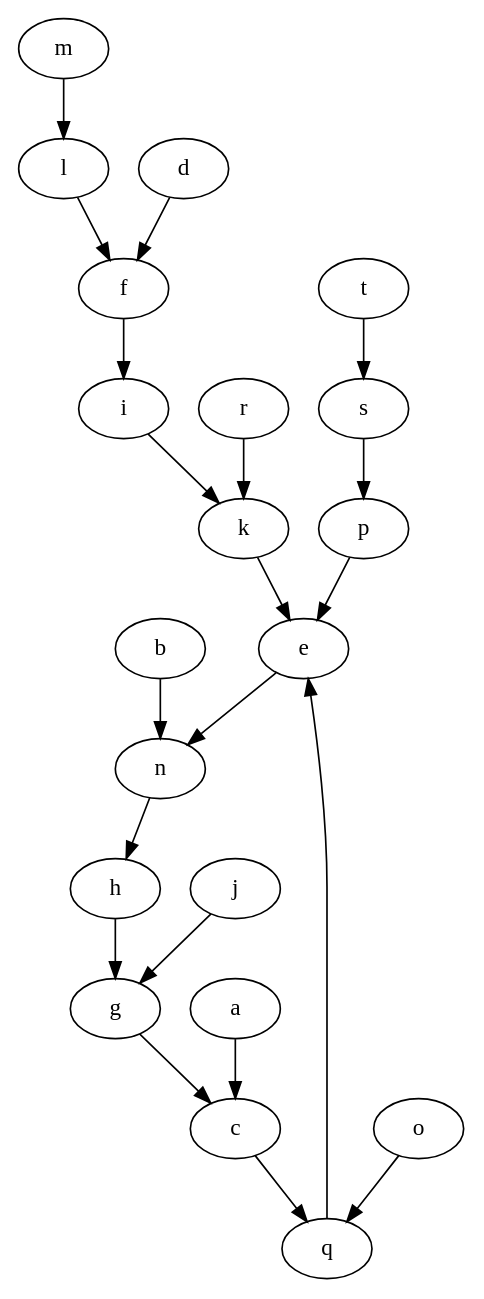
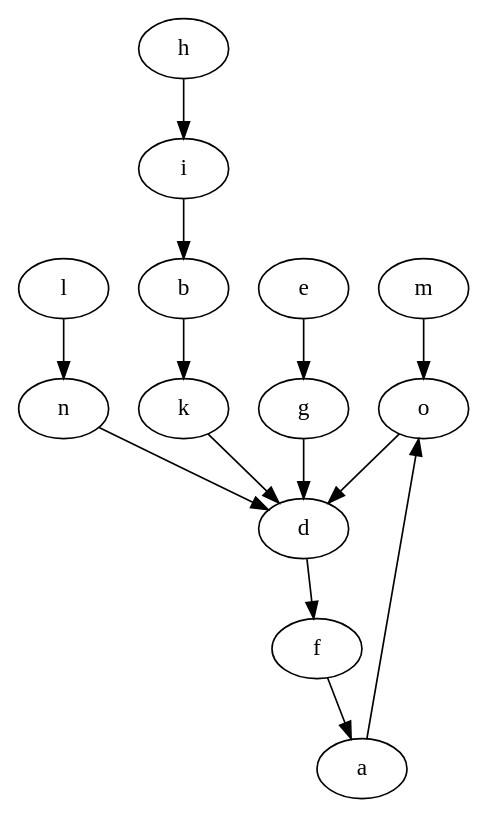
One commit to ClayDowling/llintersections changed the diagram in samples/graphD.gv. Above: the diagram before and after it, drawn with Graphviz. The commit also changed 23 other files, not shown here.

```diff
--- a/samples/graphD.gv
+++ b/samples/graphD.gv
@@ -1,22 +1,15 @@
 digraph intersection {
-  m -> l
-  n -> h
+  o -> d
+  f -> a
+  l -> n
+  n -> d
+  b -> k
+  h -> i
+  i -> b
+  m -> o
+  e -> g
   d -> f
-  e -> n
-  a -> c
-  b -> n
-  p -> e
-  k -> e
-  o -> q
-  q -> e
-  r -> k
-  s -> p
-  j -> g
-  t -> s
-  g -> c
-  l -> f
-  i -> k
-  f -> i
-  c -> q
-  h -> g
+  a -> o
+  g -> d
+  k -> d
 }
```
